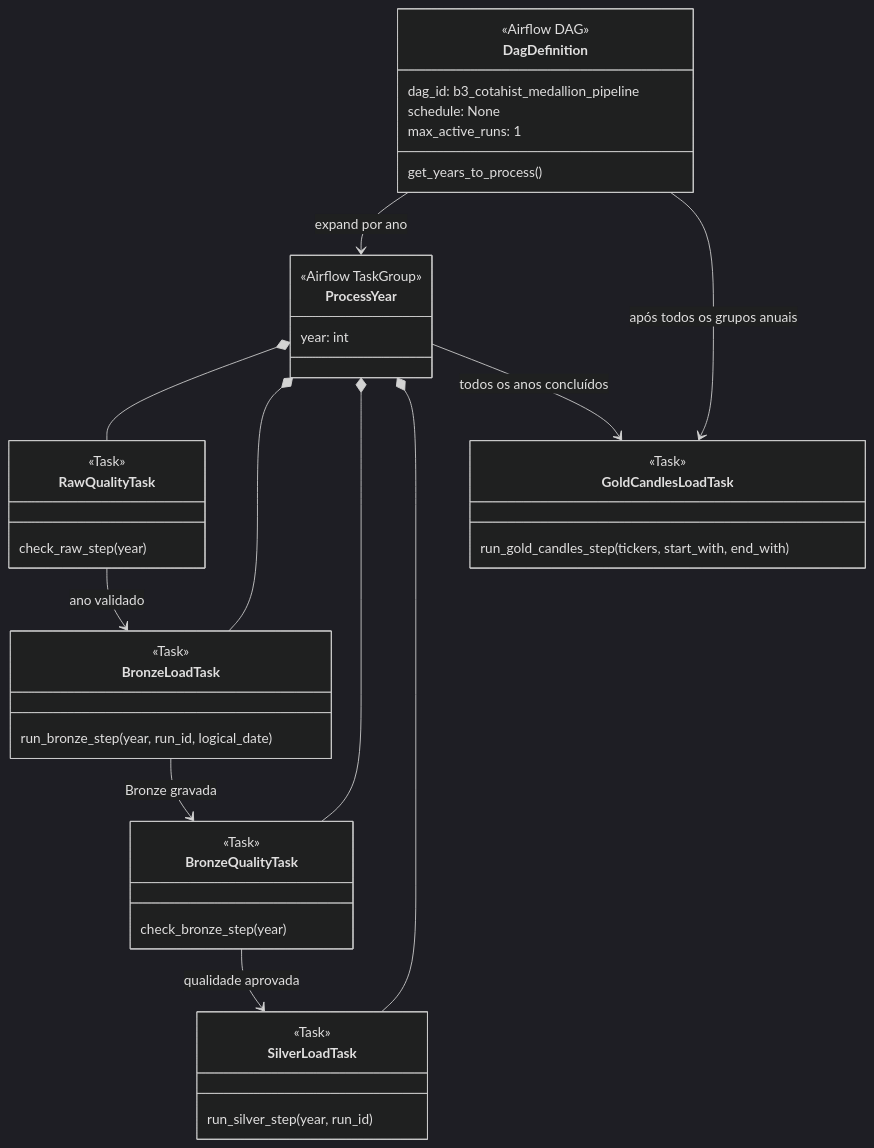
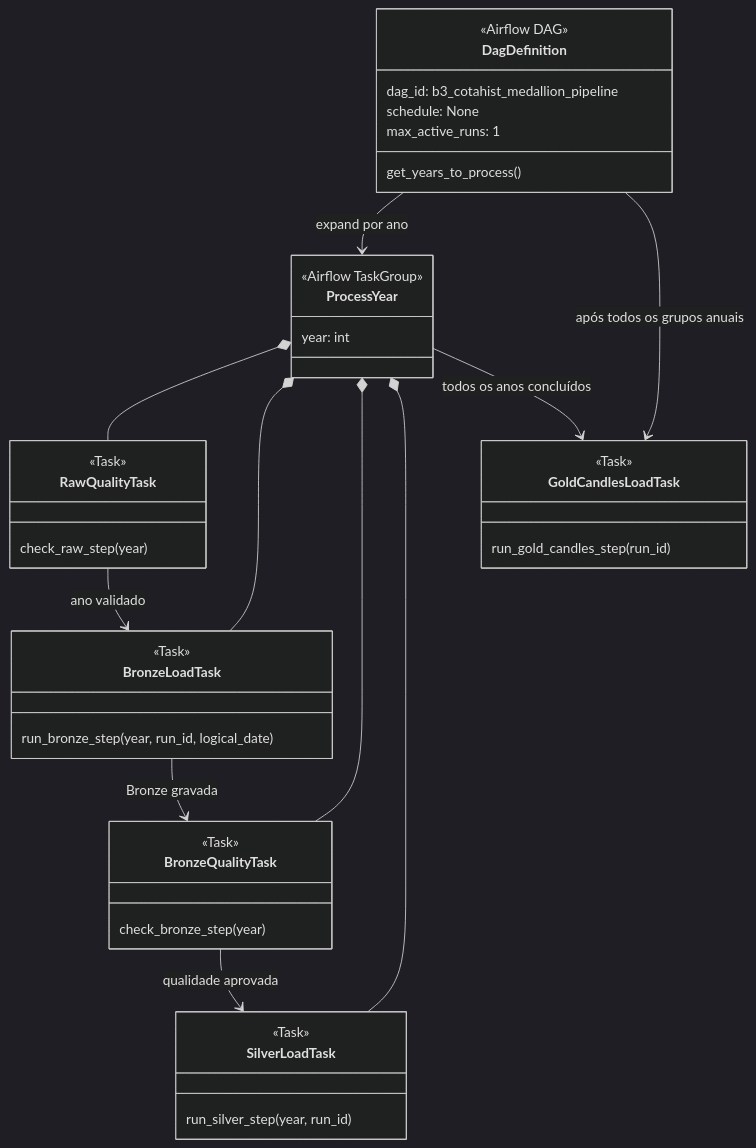
One commit to BiellBatista/Python.DataEngineering changed the first of 2 diagrams in B3-Pipelines/docs/historical-series/diagrama-classes.md. Above: the diagram before and after it, drawn with Mermaid (dark theme). The commit also changed other lines of this file and 18 other files, not shown here.

First line of the commit message:
feat: expand Gold candles with monthly timeframe, metadata and parallelism

````diff
--- a/B3-Pipelines/docs/historical-series/diagrama-classes.md
+++ b/B3-Pipelines/docs/historical-series/diagrama-classes.md
@@ -11,44 +11,44 @@
 ```mermaid
 classDiagram
     class DagDefinition {
         <<Airflow DAG>>
         dag_id: b3_cotahist_medallion_pipeline
         schedule: None
         max_active_runs: 1
         get_years_to_process()
     }
     class ProcessYear {
         <<Airflow TaskGroup>>
         year: int
     }
     class RawQualityTask {
         <<Task>>
         check_raw_step(year)
     }
     class BronzeLoadTask {
         <<Task>>
         run_bronze_step(year, run_id, logical_date)
     }
     class BronzeQualityTask {
         <<Task>>
         check_bronze_step(year)
     }
     class SilverLoadTask {
         <<Task>>
         run_silver_step(year, run_id)
     }
     class GoldCandlesLoadTask {
         <<Task>>
-        run_gold_candles_step(tickers, start_with, end_with)
+        run_gold_candles_step(run_id)
     }
     DagDefinition --> ProcessYear : expand por ano
     ProcessYear *-- RawQualityTask
     ProcessYear *-- BronzeLoadTask
     ProcessYear *-- BronzeQualityTask
     ProcessYear *-- SilverLoadTask
     DagDefinition --> GoldCandlesLoadTask : após todos os grupos anuais
     RawQualityTask --> BronzeLoadTask : ano validado
     BronzeLoadTask --> BronzeQualityTask : Bronze gravada
     BronzeQualityTask --> SilverLoadTask : qualidade aprovada
     ProcessYear --> GoldCandlesLoadTask : todos os anos concluídos
 ```
````
